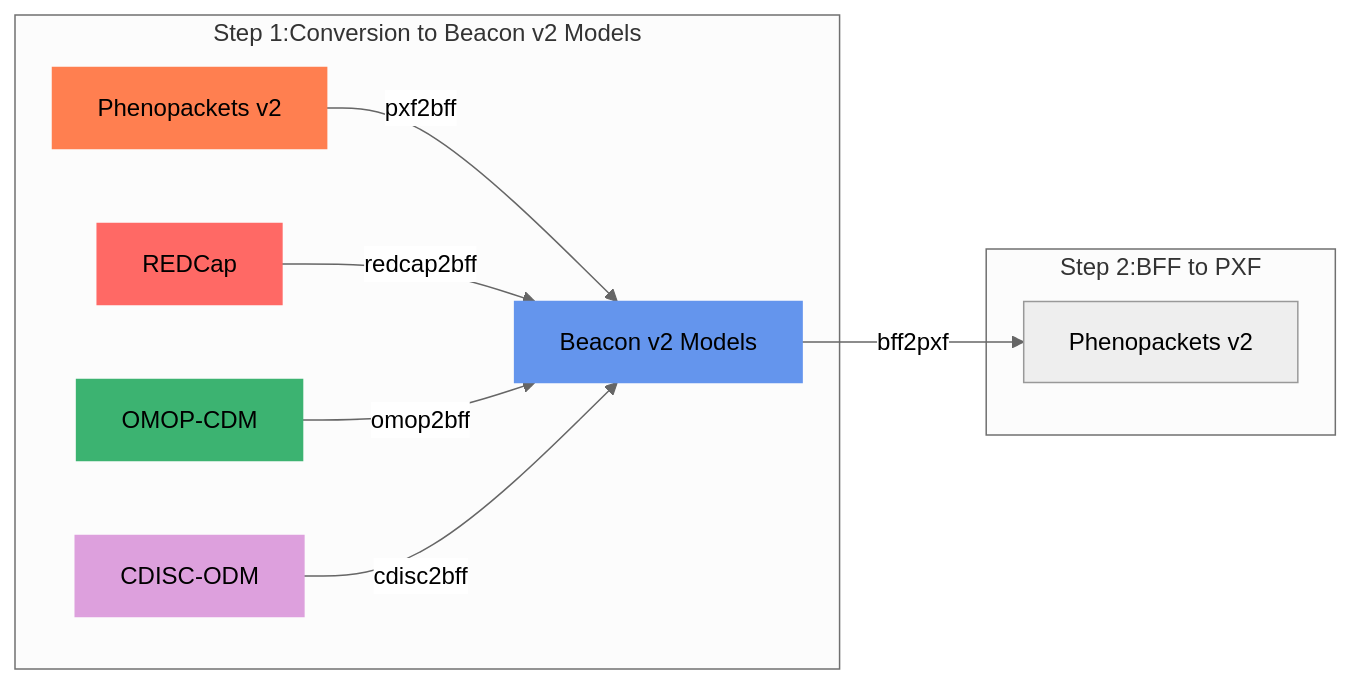
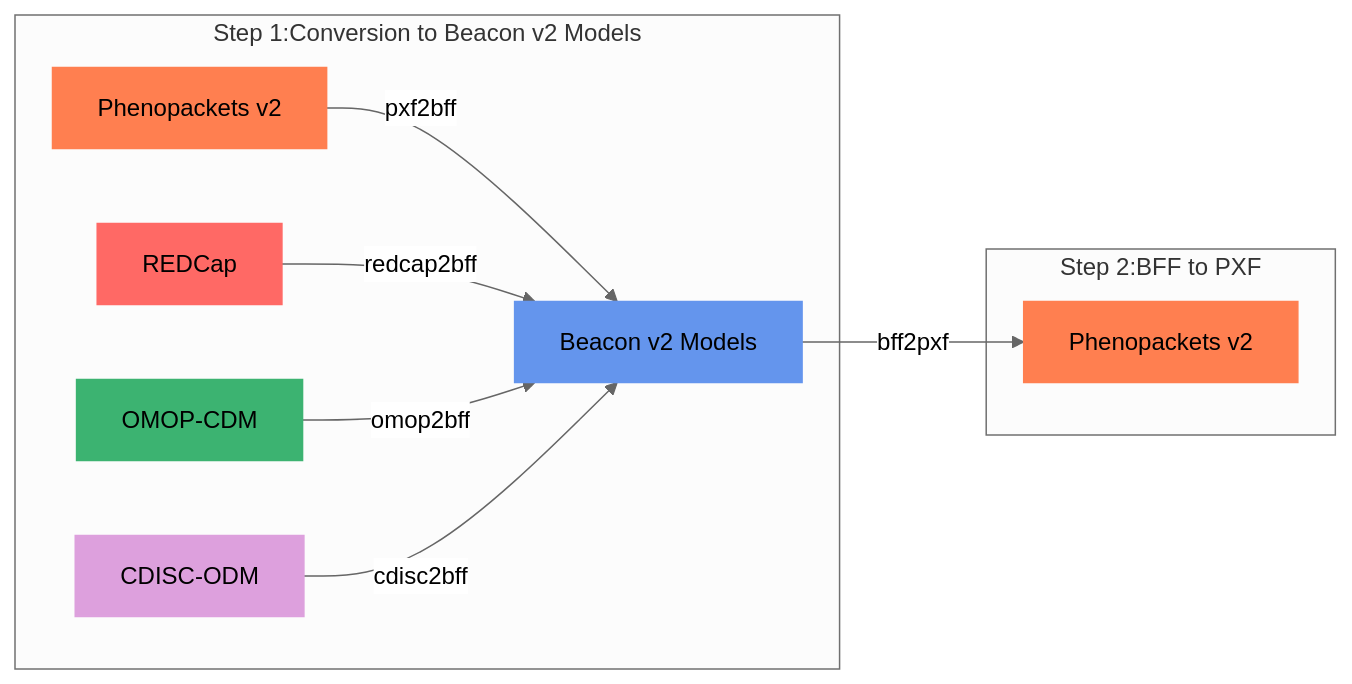
The diagram in docs/mapping-steps.md (CNAG-Biomedical-Informatics/convert-pheno), drawn with Mermaid before and after one commit. The commit also changed other lines of this file and 4 other files, not shown here.

````diff
--- a/docs/mapping-steps.md
+++ b/docs/mapping-steps.md
@@ -6,20 +5,21 @@
 ```mermaid
 %%{init: {'theme':'neutral'}}%%
 graph LR
   subgraph "Step 1:Conversion to Beacon v2 Models"
   B[Phenopackets v2] -->|pxf2bff| A
   C[REDCap] -->|redcap2bff| A[Beacon v2 Models]
   D[OMOP-CDM] -->|omop2bff| A
   E[CDISC-ODM] -->|cdisc2bff| A
   end
 
   subgraph "Step 2:BFF to PXF"
   A --> |bff2pxf| F[Phenopackets v2]
   end
 
   style A fill: #6495ED, stroke: #6495ED
   style B fill: #FF7F50, stroke: #FF7F50
   style C fill: #FF6965, stroke: #FF6965
   style D fill: #3CB371, stroke: #3CB371
   style E fill: #DDA0DD, stroke: #DDA0DD
+  style F fill: #FF7F50, stroke: #FF7F50
 ```
````
